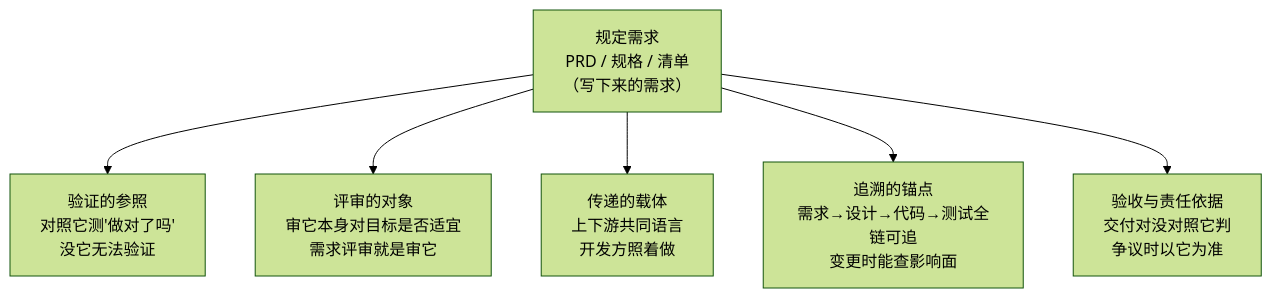
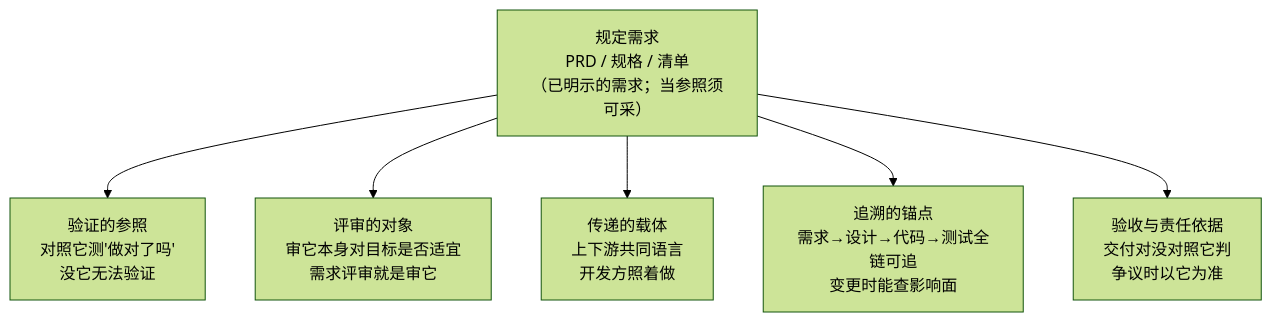
Diagram 14 of 21 in 100-subprojects/01-系统工程研究/00-系统工程相关研究报告/03-评审概念研究报告-从评审定义到需求管理.md (Yongjunzhou/AOS-system-design), drawn with Mermaid (forest theme) before and after one commit. The commit also changed other lines of this file and 38 other files, not shown here.

````diff
--- a/100-subprojects/01-系统工程研究/00-系统工程相关研究报告/03-评审概念研究报告-从评审定义到需求管理.md
+++ b/100-subprojects/01-系统工程研究/00-系统工程相关研究报告/03-评审概念研究报告-从评审定义到需求管理.md
@@ -567,8 +583,8 @@
 ```mermaid
 flowchart TB
-    H["规定需求<br/>PRD / 规格 / 清单<br/>（写下来的需求）"] --> A["验证的参照<br/>对照它测'做对了吗'<br/>没它无法验证"]
+    H["规定需求<br/>PRD / 规格 / 清单<br/>（已明示的需求；当参照须可采）"] --> A["验证的参照<br/>对照它测'做对了吗'<br/>没它无法验证"]
     H --> B["评审的对象<br/>审它本身对目标是否适宜<br/>需求评审就是审它"]
     H --> C["传递的载体<br/>上下游共同语言<br/>开发方照着做"]
     H --> D["追溯的锚点<br/>需求→设计→代码→测试全链可追<br/>变更时能查影响面"]
     H --> E["验收与责任依据<br/>交付对没对照它判<br/>争议时以它为准"]
 ```
````
